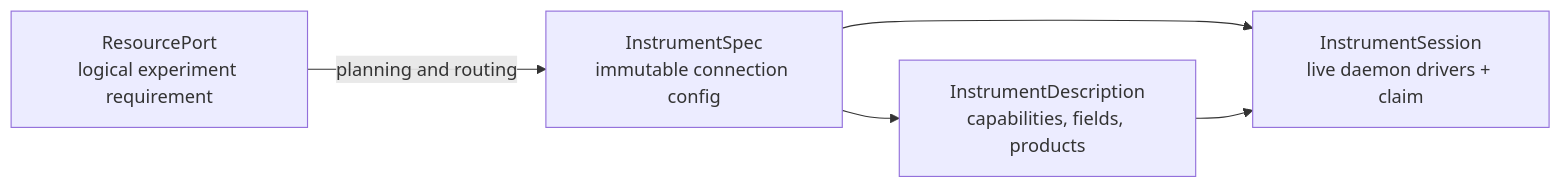
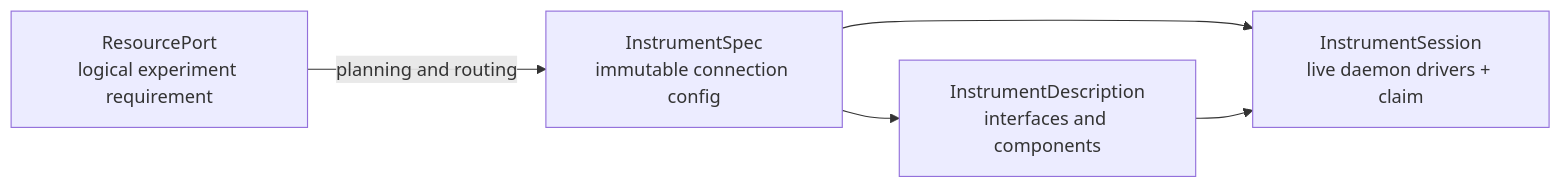
Before and after one commit to kahojyun/scopecat: the diagram in docs/instrument-control.md, drawn with Mermaid. The commit also changed other lines of this file and 115 other files, not shown here.

Commit message:
refactor: replace device capabilities with interfaces

````diff
--- a/docs/instrument-control.md
+++ b/docs/instrument-control.md
@@ -15,12 +16,12 @@
 ```mermaid
 flowchart LR
     C["InstrumentSpec<br/>immutable connection config"]
-    D["InstrumentDescription<br/>capabilities, fields, products"]
+    D["InstrumentDescription<br/>interfaces and components"]
     S["InstrumentSession<br/>live daemon drivers + claim"]
     R["ResourcePort<br/>logical experiment requirement"]
 
     C --> D
     C --> S
     D --> S
     R -->|"planning and routing"| C
 ```
````
